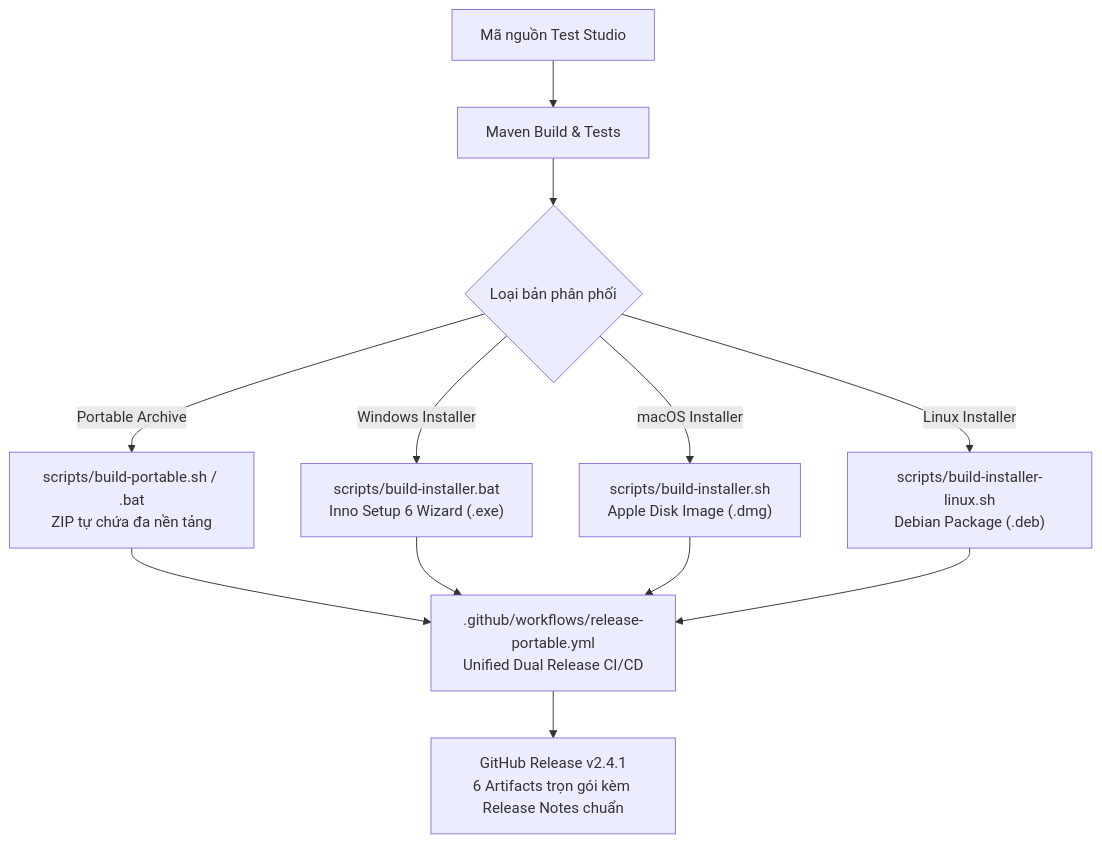
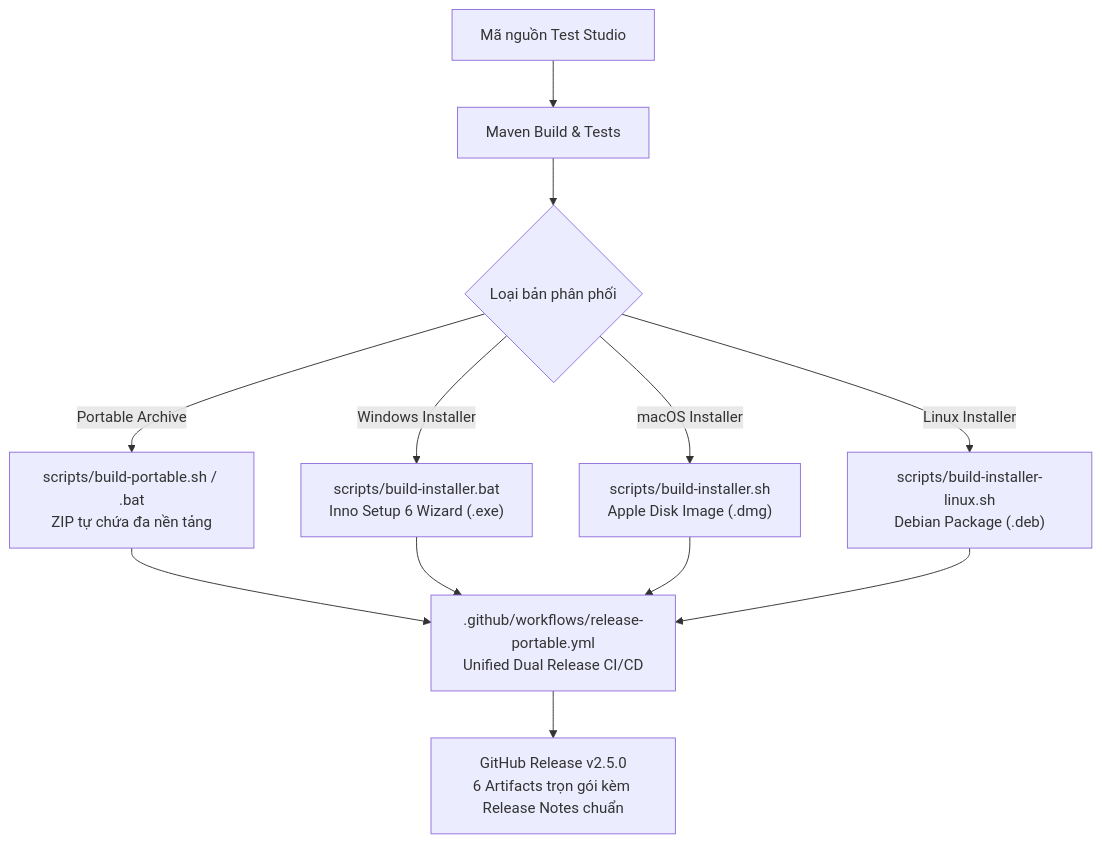
Before and after one commit to manhquoc2013/GUI-test-tool: the fourth of 4 diagrams in docs/guide/USER_GUIDE.md, drawn with Mermaid. The commit also changed other lines of this file and 20 other files, not shown here.

````diff
--- a/docs/guide/USER_GUIDE.md
+++ b/docs/guide/USER_GUIDE.md
@@ -499,11 +499,11 @@
 ```mermaid
 flowchart TD
     A["Mã nguồn Test Studio"] --> B["Maven Build & Tests"]
     B --> C{"Loại bản phân phối"}
     C -->|Portable Archive| D["scripts/build-portable.sh / .bat<br/>ZIP tự chứa đa nền tảng"]
     C -->|Windows Installer| E["scripts/build-installer.bat<br/>Inno Setup 6 Wizard (.exe)"]
     C -->|macOS Installer| F["scripts/build-installer.sh<br/>Apple Disk Image (.dmg)"]
     C -->|Linux Installer| G["scripts/build-installer-linux.sh<br/>Debian Package (.deb)"]
     D & E & F & G --> H[".github/workflows/release-portable.yml<br/>Unified Dual Release CI/CD"]
-    H --> I["GitHub Release v2.4.1<br/>6 Artifacts trọn gói kèm Release Notes chuẩn"]
+    H --> I["GitHub Release v2.5.0<br/>6 Artifacts trọn gói kèm Release Notes chuẩn"]
 ```
````
